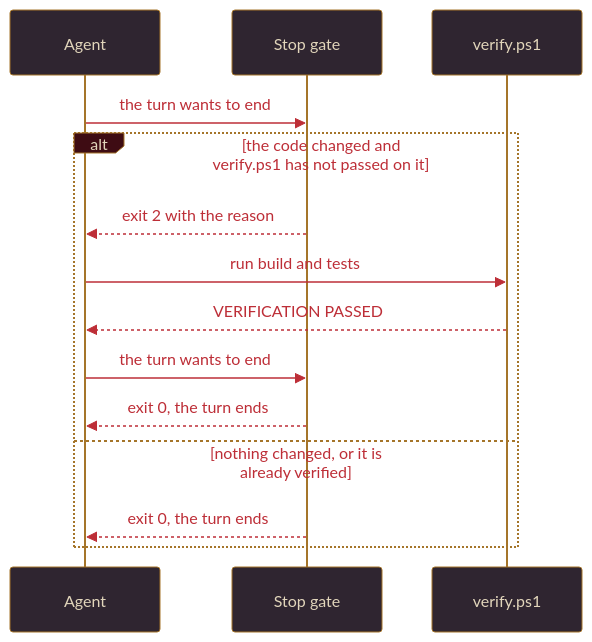
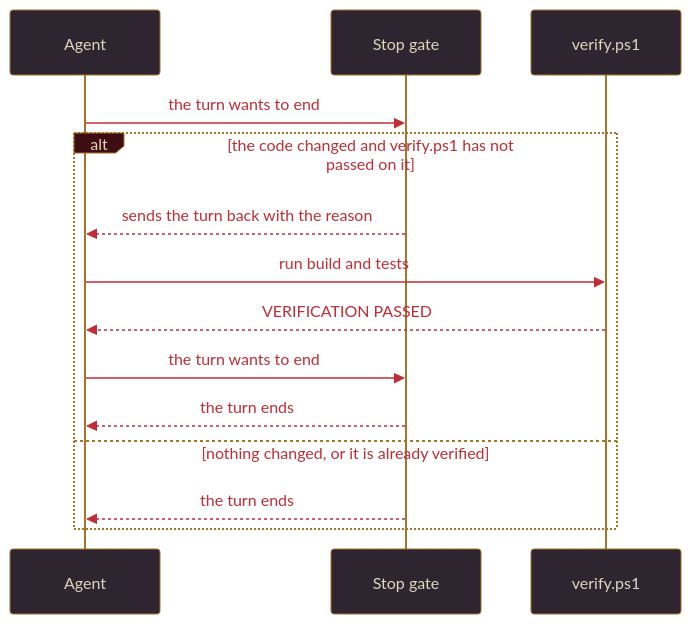
Before and after one commit to AlfredoNeeto/tazuna: the fourth of 4 diagrams in README.md, drawn with Mermaid. The commit also changed other lines of this file and 2 other files, not shown here.

````diff
--- a/README.md
+++ b/README.md
@@ -217,17 +219,17 @@
 ```mermaid
 %%{init: {'theme': 'base', 'themeVariables': {'primaryColor': '#2f2530', 'primaryTextColor': '#e2d6bb', 'primaryBorderColor': '#a5752a', 'lineColor': '#bd2e37', 'actorBkg': '#2f2530', 'actorBorder': '#a5752a', 'actorTextColor': '#e2d6bb', 'signalColor': '#bd2e37', 'signalTextColor': '#bd2e37', 'labelBoxBkgColor': '#3e0c13', 'labelBoxBorderColor': '#a5752a', 'labelTextColor': '#e2d6bb', 'loopTextColor': '#bd2e37', 'fontFamily': 'Georgia, serif'}}}%%
 sequenceDiagram
     participant A as Agent
     participant G as Stop gate
     participant V as verify.ps1
     A->>G: the turn wants to end
     alt the code changed and verify.ps1 has not passed on it
-        G-->>A: exit 2 with the reason
+        G-->>A: sends the turn back with the reason
         A->>V: run build and tests
         V-->>A: VERIFICATION PASSED
         A->>G: the turn wants to end
-        G-->>A: exit 0, the turn ends
+        G-->>A: the turn ends
     else nothing changed, or it is already verified
-        G-->>A: exit 0, the turn ends
+        G-->>A: the turn ends
     end
 ```
````
